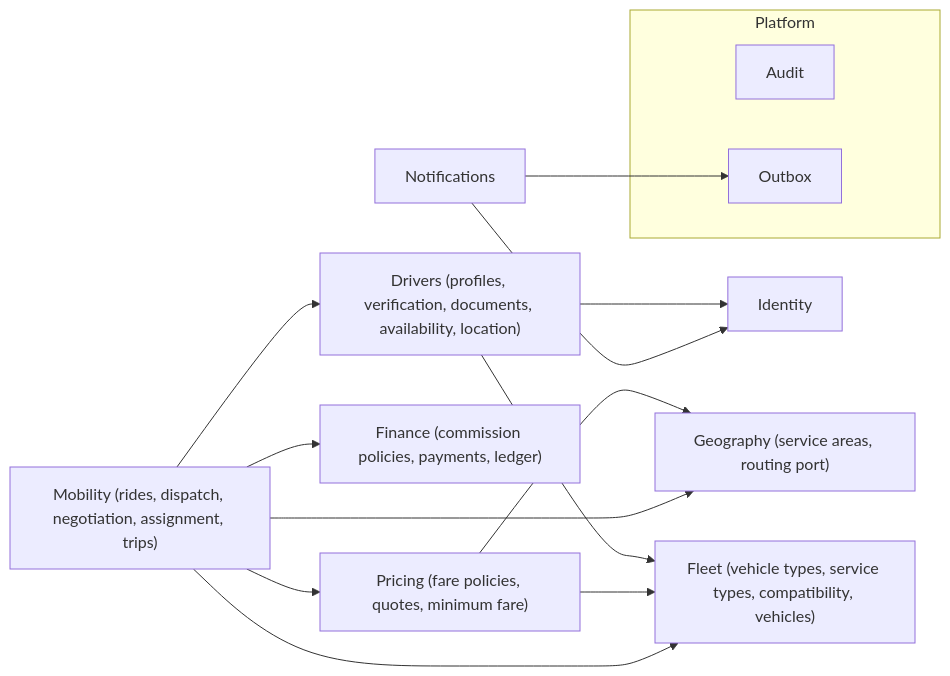
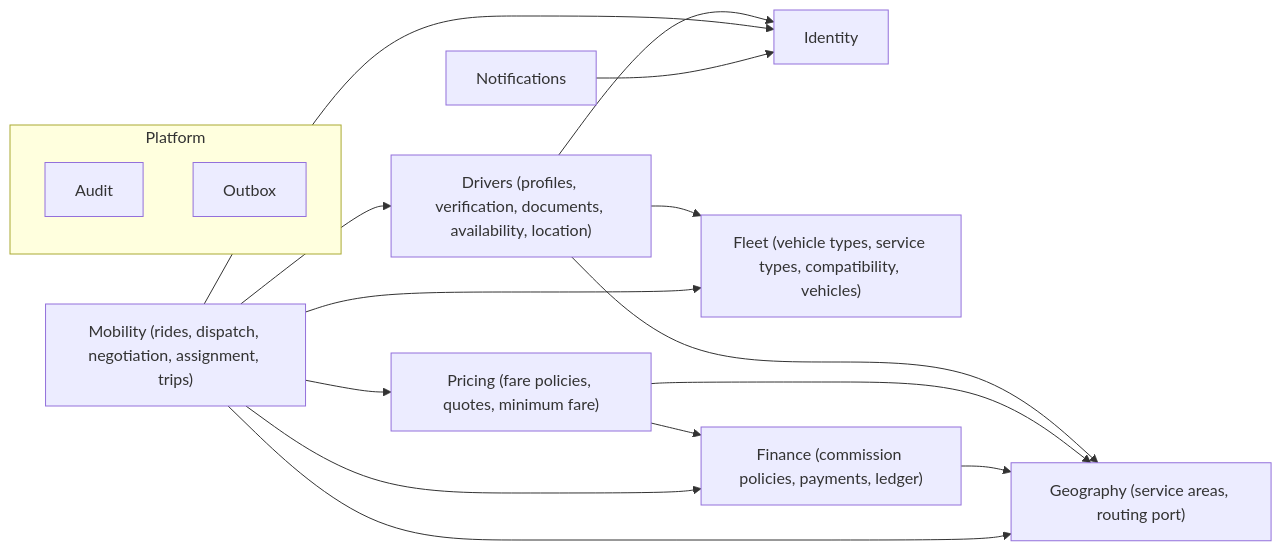
One commit to altyebv/TakeTuk changed the diagram in docs/domain/DOMAIN_MODEL.md. Above: the diagram before and after it, drawn with Mermaid. The commit also changed other lines of this file and 14 other files, not shown here.

````diff
--- a/docs/domain/DOMAIN_MODEL.md
+++ b/docs/domain/DOMAIN_MODEL.md
@@ -9,26 +9,28 @@
 ```mermaid
 flowchart LR
   subgraph Platform
     Audit
     Outbox
   end
   Identity
   Geography["Geography (service areas, routing port)"]
   Fleet["Fleet (vehicle types, service types, compatibility, vehicles)"]
   Drivers["Drivers (profiles, verification, documents, availability, location)"]
   Pricing["Pricing (fare policies, quotes, minimum fare)"]
   Mobility["Mobility (rides, dispatch, negotiation, assignment, trips)"]
   Finance["Finance (commission policies, payments, ledger)"]
   Notifications
   Drivers --> Fleet
   Drivers --> Identity
+  Drivers --> Geography
   Pricing --> Geography
-  Pricing --> Fleet
+  Pricing --> Finance
+  Finance --> Geography
   Mobility --> Pricing
   Mobility --> Drivers
   Mobility --> Fleet
   Mobility --> Finance
   Mobility --> Geography
-  Notifications --> Outbox
+  Mobility --> Identity
   Notifications --> Identity
 ```
````
